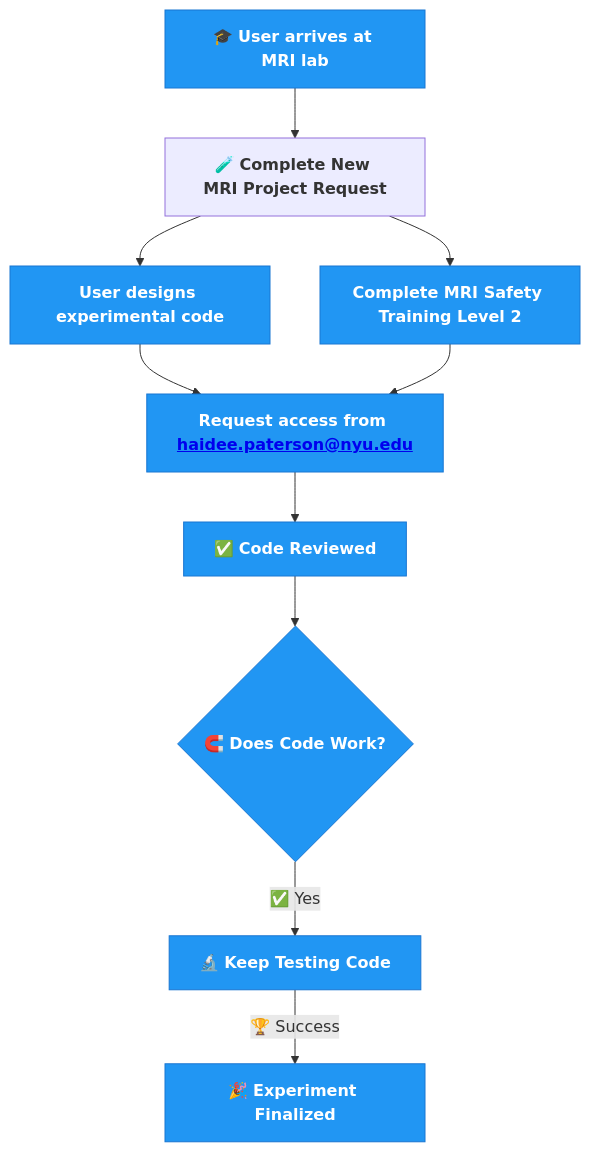
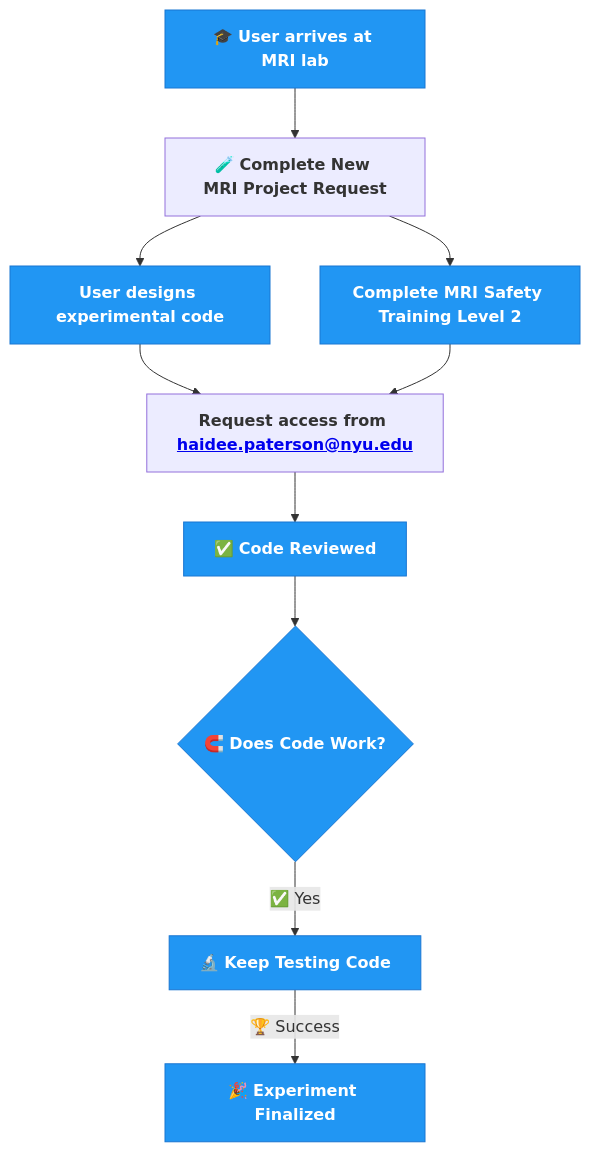
The diagram in docs/source/1-lab_overview/3-process_diagram.rst (BioMedicalImaging-Core-NYUAD/brainimaging-lab-documentation), drawn with Mermaid before and after one commit.

Commit message:
added link

```diff
--- a/docs/source/1-lab_overview/3-process_diagram.rst
+++ b/docs/source/1-lab_overview/3-process_diagram.rst
@@ -5,25 +5,25 @@
 .. mermaid::
 
   graph TD;
     A[🎓 <b>User arrives at MRI lab</b>] --> B[🧪 <b>Complete New MRI Project Request</b>];
     B --> C[<b>User designs experimental code</b>];
     B --> D[<b>Complete MRI Safety Training Level 2</b>];
     C --> E[<b>Request access from <a href="mailto:haidee.paterson@nyu.edu">haidee.paterson@nyu.edu</a></b>];
     D --> E;
     E --> F[✅ <b>Code Reviewed</b>];
     F --> G{🧲️ <b>Does Code Work?</b>};
     G --✅ Yes --> H[🔬 <b>Keep Testing Code</b>];
     H -->|🏆 Success| I[🎉 <b>Experiment Finalized</b>];
 
     %% Clickable Nodes
     click B "https://drive.google.com/file/d/10Py1KSAsktpCjU6c3lLuWLqVL2a5ofee/view?usp=drive_link"
     click D "https://app.imagingu.com/courses/personnel-group-ii-yearly"
     click E "mailto:haidee.paterson@nyu.edu" "Email haidee.paterson@nyu.edu"
 
     %% Style Definitions
     classDef success fill:#4CAF50,stroke:#2E7D32,color:#fff;
     classDef decision fill:#FFEB3B,stroke:#FBC02D,color:#000;
     classDef process fill:#2196F3,stroke:#1976D2,color:#fff;
     classDef warning fill:#FF5722,stroke:#E64A19,color:#fff;
 
-    class A,C,D,E,F,G,H,I process;
+    class A,C,D,F,G,H,I process;
```
